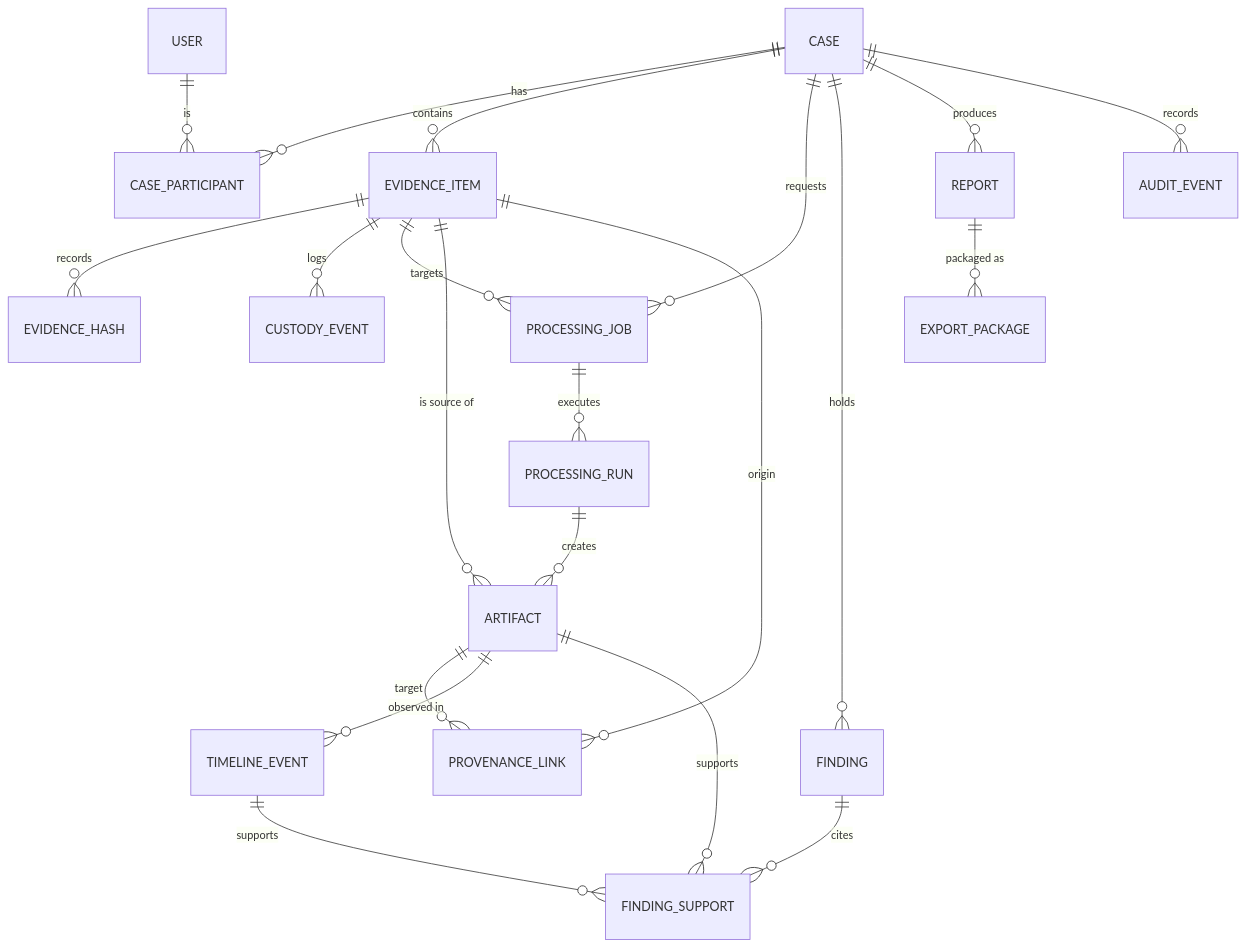
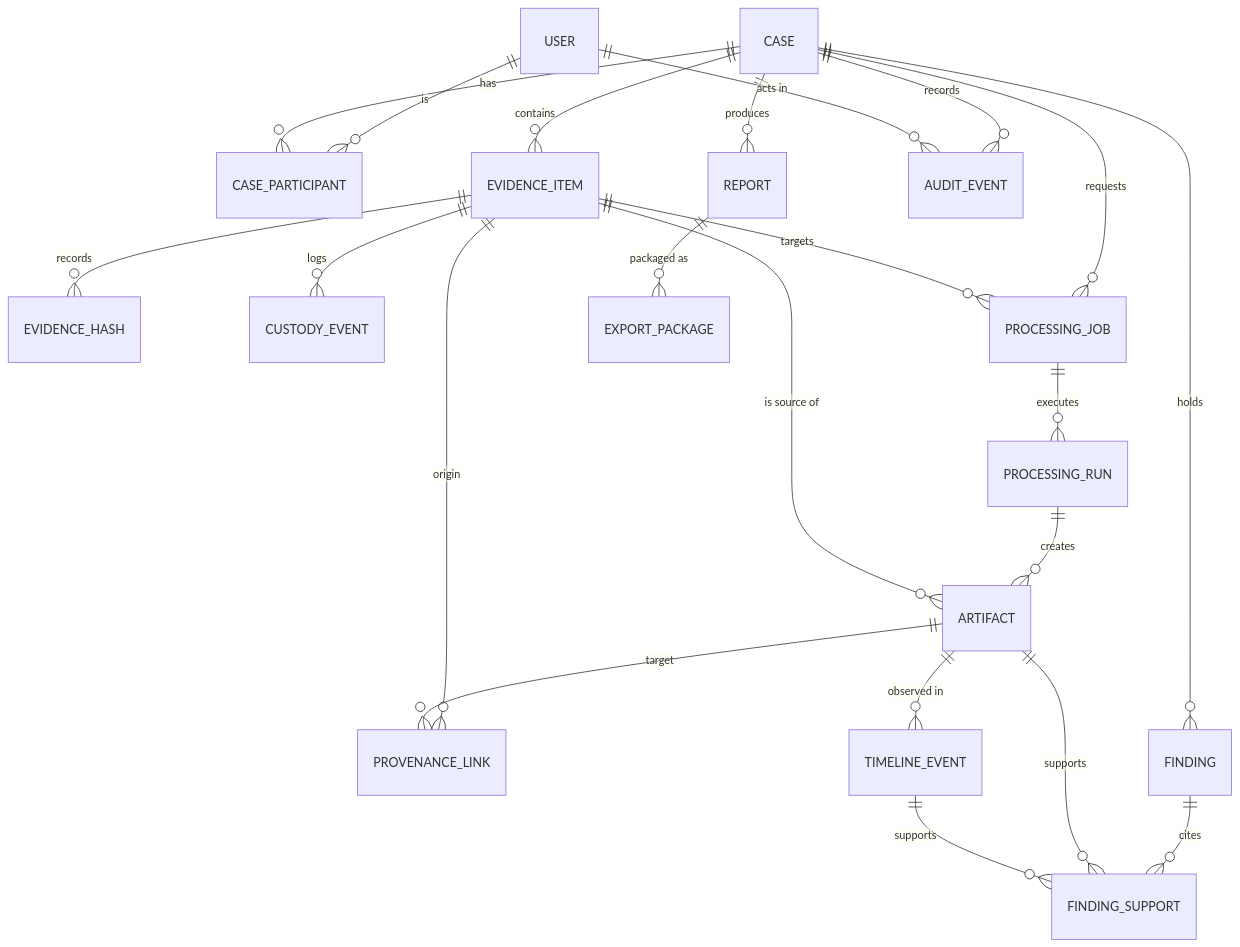
Before and after one commit to DimpleNemade/p.r.o.v.e: the diagram in docs/04-domain-model.md, drawn with Mermaid. The commit also changed other lines of this file and 17 other files, not shown here.

First line of the commit message:
docs: Step 2 workflow notes, ADR-010, and diagrams 13-18

````diff
--- a/docs/04-domain-model.md
+++ b/docs/04-domain-model.md
@@ -37,23 +37,24 @@
 ```mermaid
 erDiagram
   USER ||--o{ CASE_PARTICIPANT : "is"
   CASE ||--o{ CASE_PARTICIPANT : "has"
   CASE ||--o{ EVIDENCE_ITEM : "contains"
   EVIDENCE_ITEM ||--o{ EVIDENCE_HASH : "records"
   EVIDENCE_ITEM ||--o{ CUSTODY_EVENT : "logs"
   CASE ||--o{ PROCESSING_JOB : "requests"
   EVIDENCE_ITEM ||--o{ PROCESSING_JOB : "targets"
   PROCESSING_JOB ||--o{ PROCESSING_RUN : "executes"
   PROCESSING_RUN ||--o{ ARTIFACT : "creates"
   EVIDENCE_ITEM ||--o{ ARTIFACT : "is source of"
   EVIDENCE_ITEM ||--o{ PROVENANCE_LINK : "origin"
   ARTIFACT ||--o{ PROVENANCE_LINK : "target"
   ARTIFACT ||--o{ TIMELINE_EVENT : "observed in"
   CASE ||--o{ FINDING : "holds"
   FINDING ||--o{ FINDING_SUPPORT : "cites"
   ARTIFACT ||--o{ FINDING_SUPPORT : "supports"
   TIMELINE_EVENT ||--o{ FINDING_SUPPORT : "supports"
   CASE ||--o{ REPORT : "produces"
   REPORT ||--o{ EXPORT_PACKAGE : "packaged as"
   CASE ||--o{ AUDIT_EVENT : "records"
+  USER ||--o{ AUDIT_EVENT : "acts in"
 ```
````
